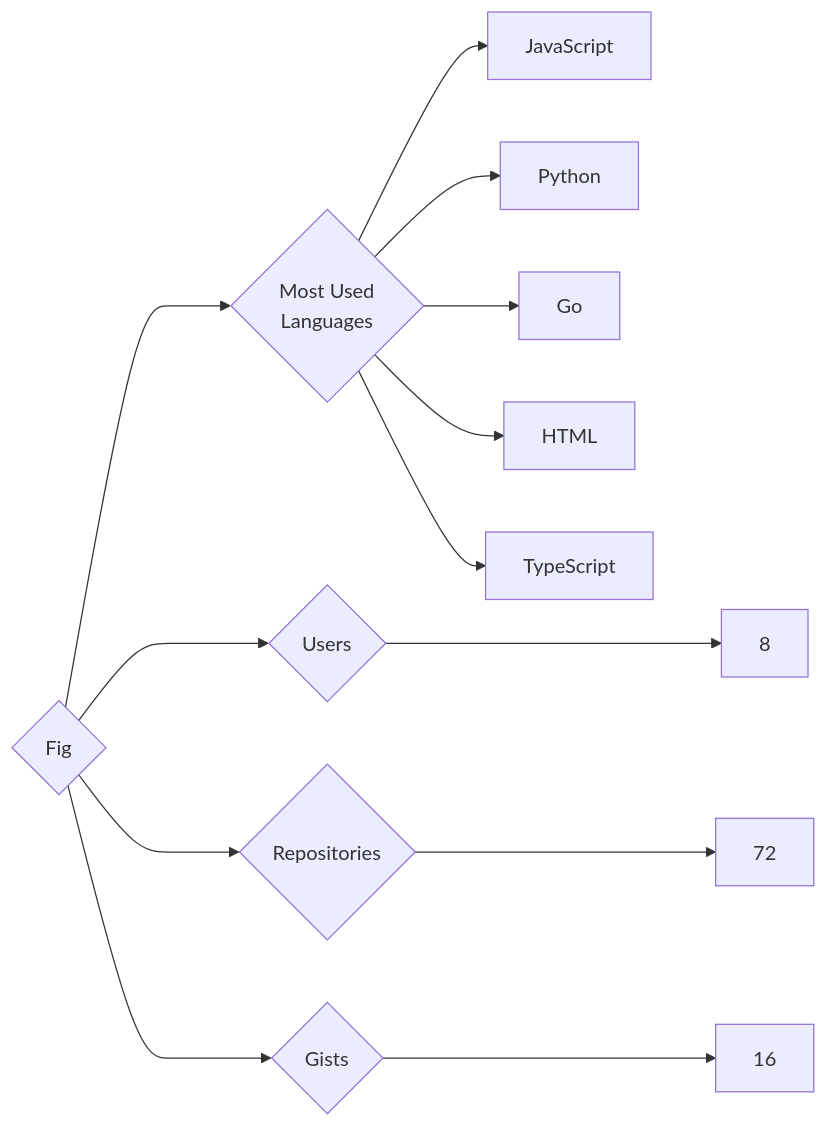
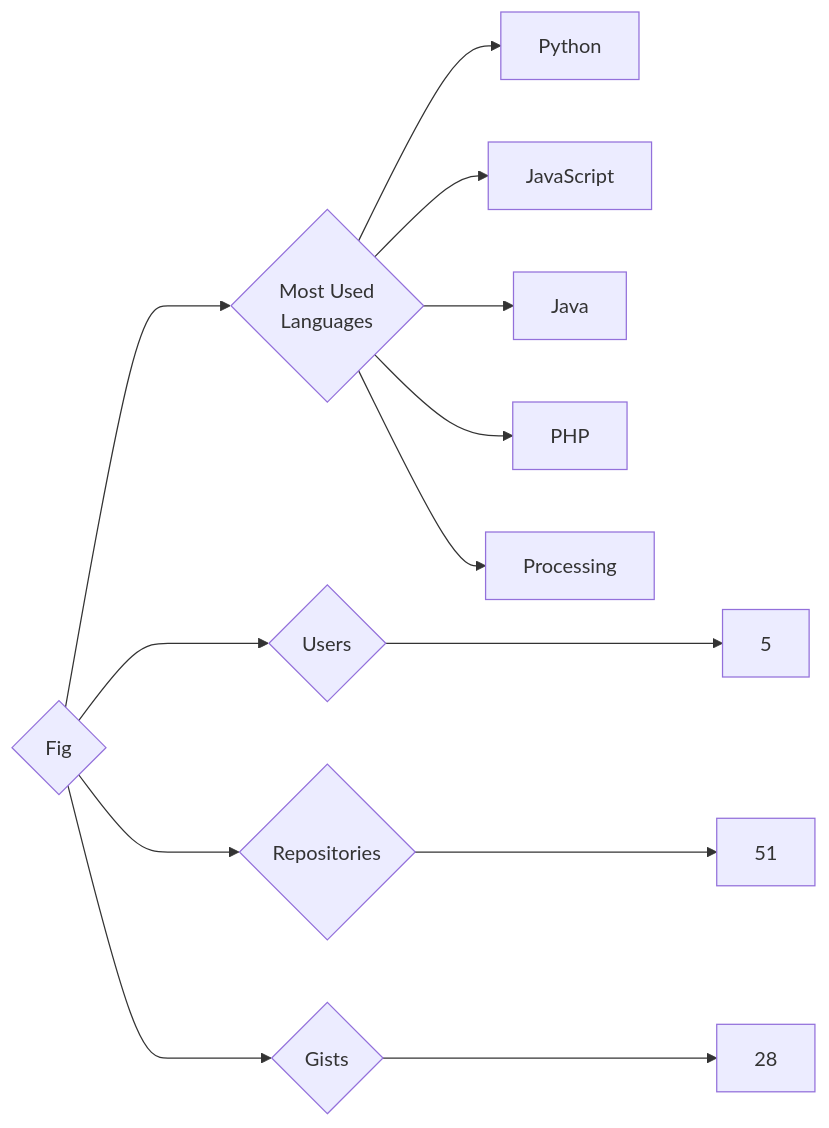
The diagram in targets/Fig/README.md (trickest/insiders), drawn with Mermaid before and after one commit. The commit also changed 927 other files, not shown here.

````diff
--- a/targets/Fig/README.md
+++ b/targets/Fig/README.md
@@ -3,13 +3,13 @@
 ```mermaid
 graph LR
 COMPANY_NAME{Fig}
-COMPANY_NAME ---> U{Users} ---> UN[8]
-COMPANY_NAME ---> R{Repositories} ---> RN[72]
-COMPANY_NAME ---> G{Gists} ---> GN[16]
+COMPANY_NAME ---> U{Users} ---> UN[5]
+COMPANY_NAME ---> R{Repositories} ---> RN[51]
+COMPANY_NAME ---> G{Gists} ---> GN[28]
 COMPANY_NAME ---> ML{Most Used<br>Languages}
+ML --> Python[Python]
 ML --> JavaScript[JavaScript]
-ML --> Python[Python]
-ML --> Go[Go]
-ML --> HTML[HTML]
-ML --> TypeScript[TypeScript]
+ML --> Java[Java]
+ML --> PHP[PHP]
+ML --> Processing[Processing]
 ```
````
